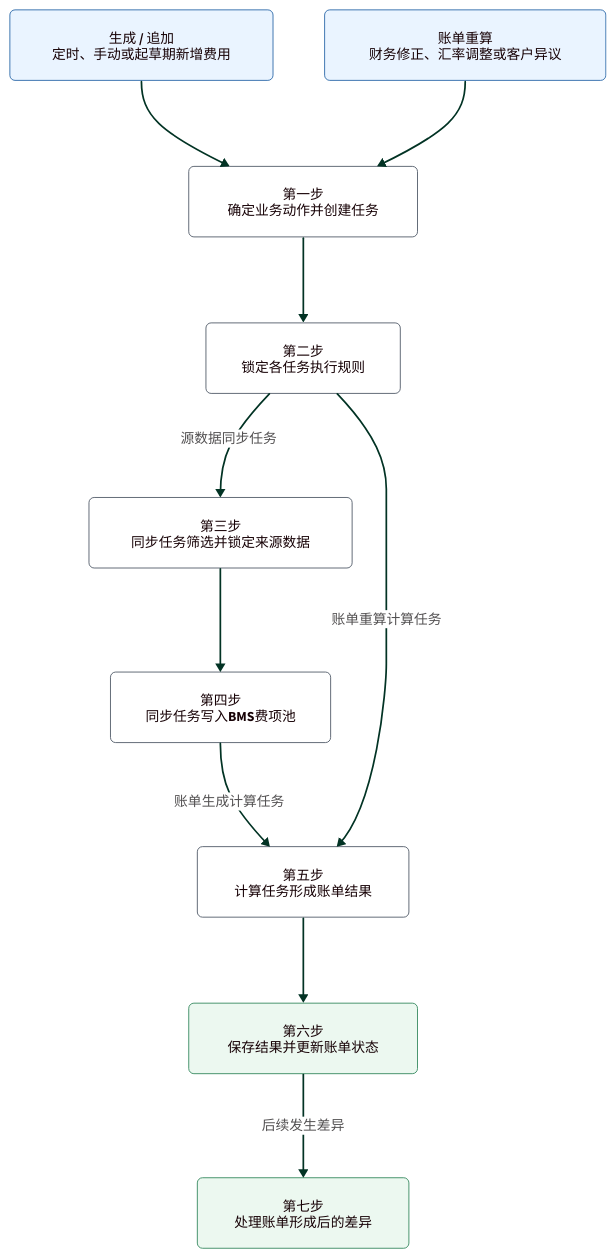
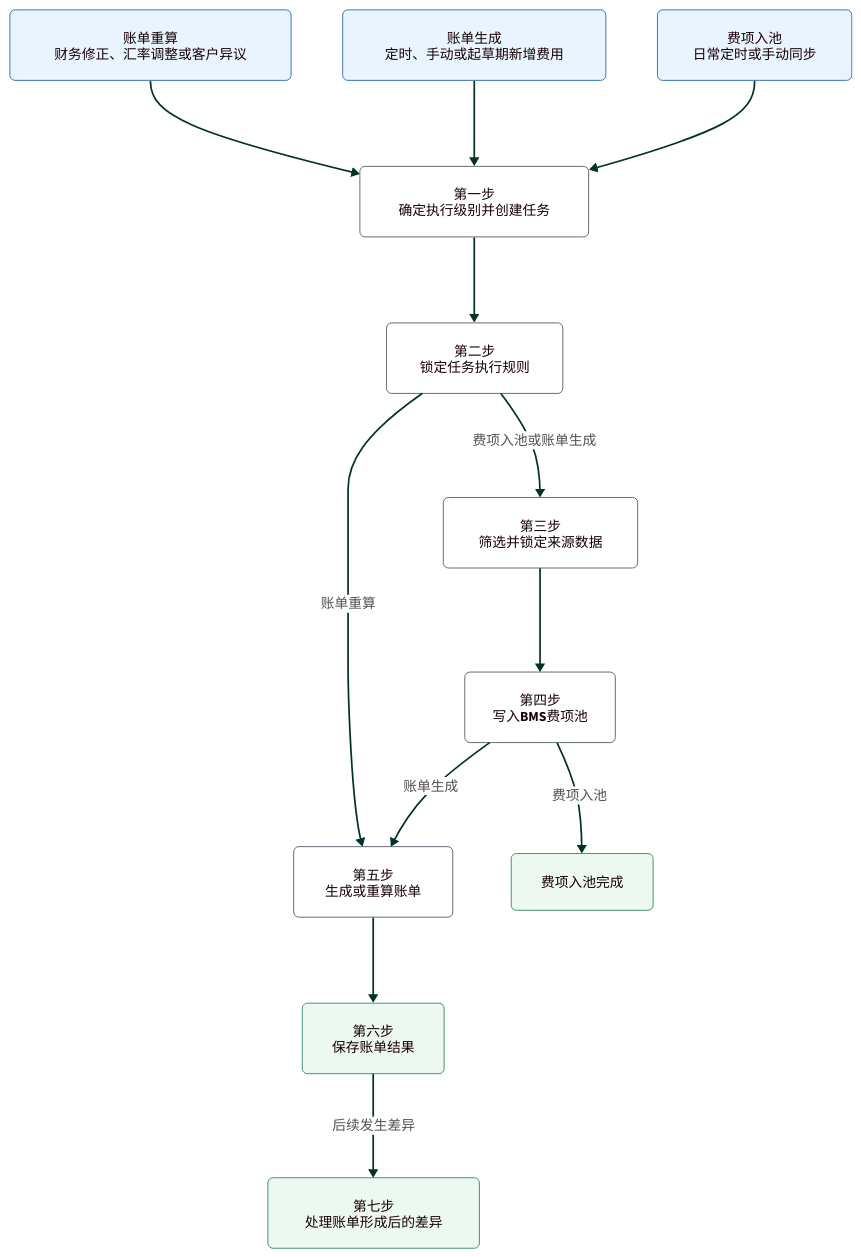
One commit to jack888332/projects-doc changed the fourth of 19 diagrams in product-caliber/bms/prd/账单系统.PRD.md. Above: the diagram before and after it, drawn with D2. The commit also changed other lines of this file, not shown here.

````diff
--- a/product-caliber/bms/prd/账单系统.PRD.md
+++ b/product-caliber/bms/prd/账单系统.PRD.md
@@ -864,57 +864,61 @@
 ```d2
 vars: {
   d2-config: {
     layout-engine: elk
     theme-id: 104
   }
   d2-elk-config: {
     "elk.direction": "RIGHT"
     "elk.layered.spacing.nodeNodeBetweenLayers": 24
   }
 }
 
 classes: {
   step: {
     style.fill: "#FFFFFF"
     style.stroke: "#4B5563"
     style.stroke-width: 1
     style.border-radius: 6
     style.font-size: 16
   }
   entry: {
     style.fill: "#EAF4FF"
     style.stroke: "#2563A6"
     style.stroke-width: 1
     style.border-radius: 6
     style.font-size: 16
   }
   result: {
     style.fill: "#ECF8F0"
     style.stroke: "#2F855A"
     style.stroke-width: 1
     style.border-radius: 6
     style.font-size: 16
   }
 }
 
-generate: "生成 / 追加\n定时、手动或起草期新增费用" { class: entry }
+pool: "费项入池\n日常定时或手动同步" { class: entry }
+generate: "账单生成\n定时、手动或起草期新增费用" { class: entry }
 recalculate: "账单重算\n财务修正、汇率调整或客户异议" { class: entry }
 
-step1: "第一步\n确定业务动作并创建任务" { class: step }
-step2: "第二步\n锁定各任务执行规则" { class: step }
-step3: "第三步\n同步任务筛选并锁定来源数据" { class: step }
-step4: "第四步\n同步任务写入BMS费项池" { class: step }
-step5: "第五步\n计算任务形成账单结果" { class: step }
-step6: "第六步\n保存结果并更新账单状态" { class: result }
+step1: "第一步\n确定执行级别并创建任务" { class: step }
+step2: "第二步\n锁定任务执行规则" { class: step }
+step3: "第三步\n筛选并锁定来源数据" { class: step }
+step4: "第四步\n写入BMS费项池" { class: step }
+step5: "第五步\n生成或重算账单" { class: step }
+poolDone: "费项入池完成" { class: result }
+step6: "第六步\n保存账单结果" { class: result }
 step7: "第七步\n处理账单形成后的差异" { class: result }
 
+pool -> step1
 generate -> step1
 recalculate -> step1
 step1 -> step2
-step2 -> step3: "源数据同步任务"
+step2 -> step3: "费项入池或账单生成"
 step3 -> step4
-step4 -> step5: "账单生成计算任务"
-step2 -> step5: "账单重算计算任务"
+step4 -> step5: "账单生成"
+step4 -> poolDone: "费项入池"
+step2 -> step5: "账单重算"
 step5 -> step6
 step6 -> step7: "后续发生差异"
 ```
````
